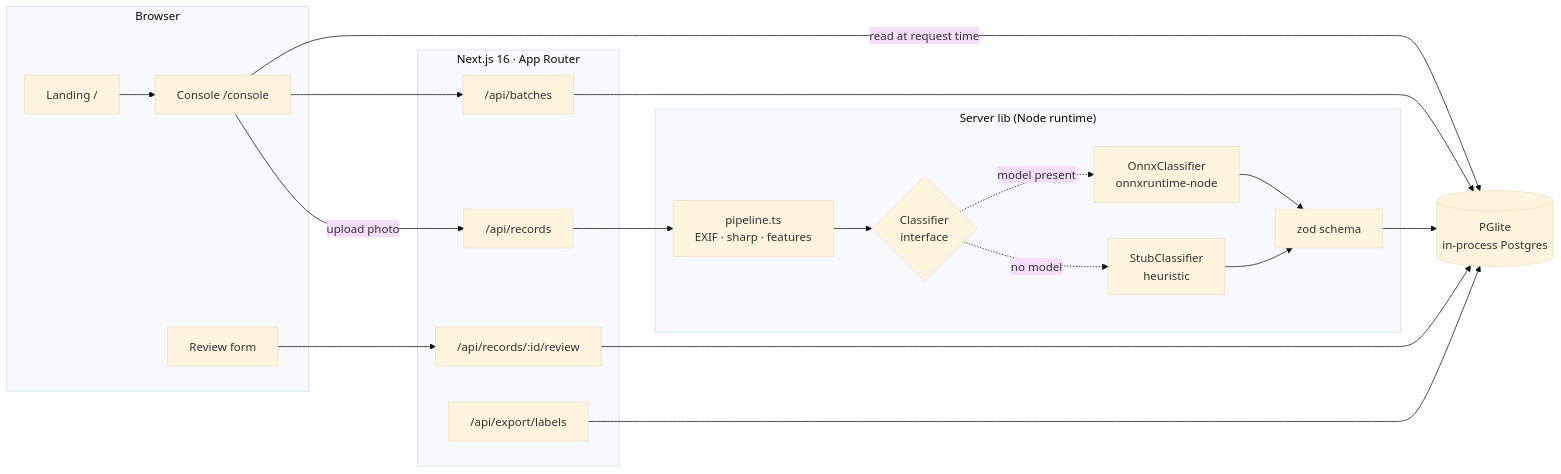
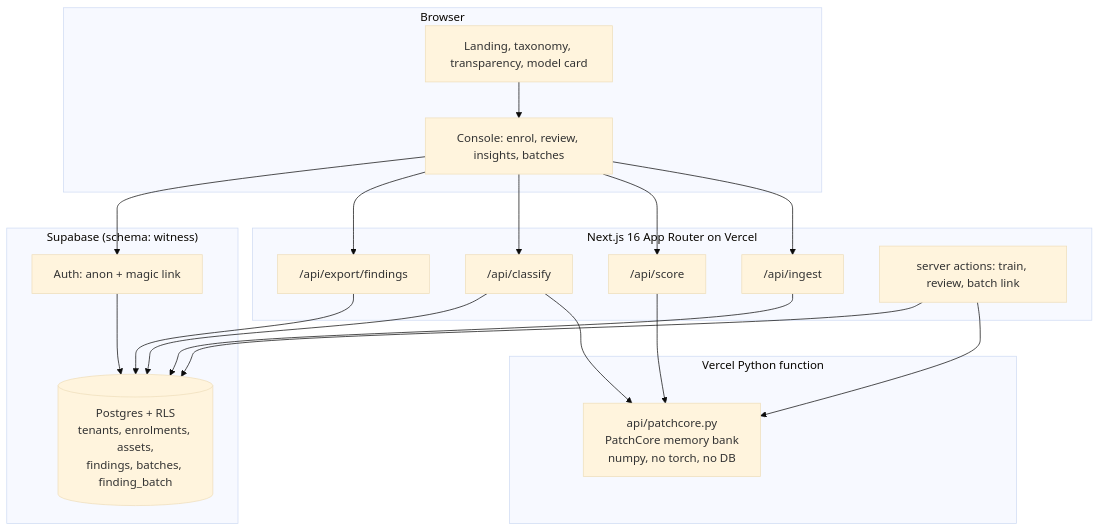
One commit to kandulanikhilvarma/witness changed the first of 3 diagrams in README.md. Above: the diagram before and after it, drawn with Mermaid (base theme). The commit also changed other lines of this file and 1 other file, not shown here.

````diff
--- a/README.md
+++ b/README.md
@@ -33,38 +44,36 @@
 ```mermaid
-flowchart LR
+flowchart TB
   subgraph Client["Browser"]
-    L["Landing /"]
-    C["Console /console"]
-    RV["Review form"]
+    LAND["Landing, taxonomy, transparency, model card"]
+    CON["Console: enrol, review, insights, batches"]
   end
 
-  subgraph Edge["Next.js 16 · App Router"]
-    AR["/api/records"]
-    ARV["/api/records/:id/review"]
-    AB["/api/batches"]
-    AX["/api/export/labels"]
+  subgraph Next["Next.js 16 App Router on Vercel"]
+    ING["/api/ingest"]
+    SCORE["/api/score"]
+    CLS["/api/classify"]
+    EXP["/api/export/findings"]
+    SA["server actions: train, review, batch link"]
   end
 
-  subgraph Core["Server lib (Node runtime)"]
-    P["pipeline.ts<br/>EXIF · sharp · features"]
-    CL{"Classifier<br/>interface"}
-    STUB["StubClassifier<br/>heuristic"]
-    ONNX["OnnxClassifier<br/>onnxruntime-node"]
-    Z["zod schema"]
+  subgraph Py["Vercel Python function"]
+    PC["api/patchcore.py<br/>PatchCore memory bank<br/>numpy, no torch, no DB"]
   end
 
-  DB[("PGlite<br/>in-process Postgres")]
+  subgraph Supa["Supabase (schema: witness)"]
+    AUTH["Auth: anon + magic link"]
+    RLS[("Postgres + RLS<br/>tenants, enrolments, assets,<br/>findings, batches, finding_batch")]
+  end
 
-  C -->|upload photo| AR
-  AR --> P --> CL
-  CL -.no model.-> STUB
-  CL -.model present.-> ONNX
-  STUB --> Z
-  ONNX --> Z
-  Z --> DB
-  RV --> ARV --> DB
-  C --> AB --> DB
-  AX --> DB
-  C -->|read at request time| DB
-  L --> C
+  CON --> ING --> RLS
+  CON --> SCORE --> PC
+  CON --> CLS
+  CLS --> PC
+  CLS --> RLS
+  SA --> PC
+  SA --> RLS
+  CON --> EXP --> RLS
+  CON --> AUTH
+  AUTH --> RLS
+  LAND --> CON
 ```
````
